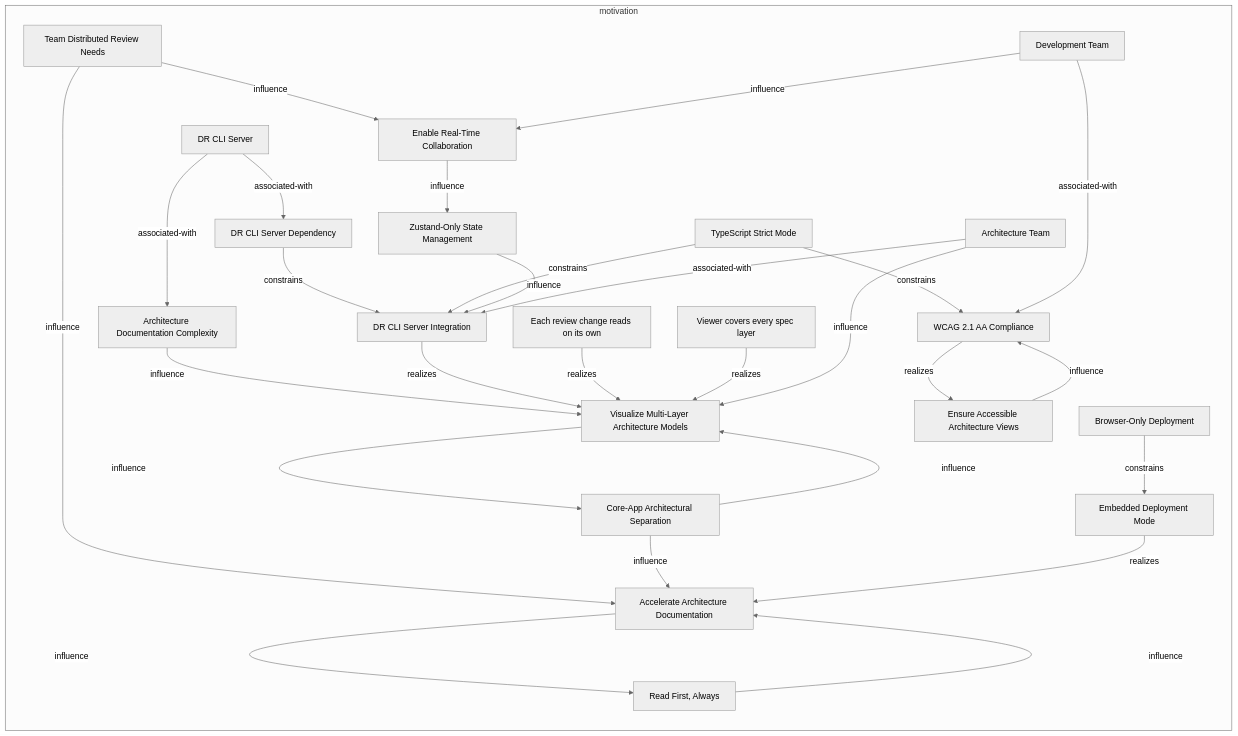
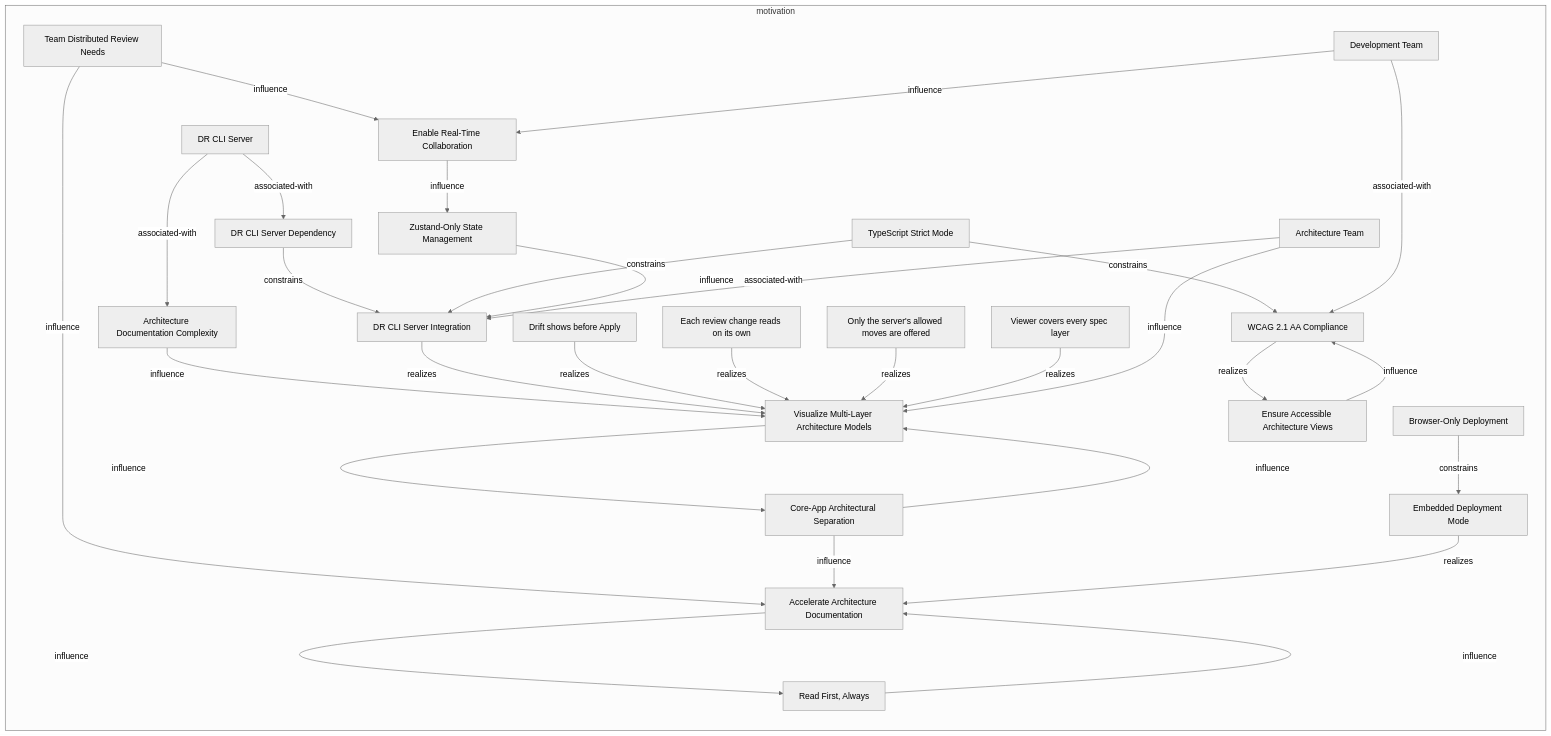
One commit to tinkermonkey/documentation_robotics_viewer changed the first of 2 diagrams in documentation-robotics/reports/01-motivation-layer-report.md. Above: the diagram before and after it, drawn with Mermaid (neutral theme). The commit also changed other lines of this file and 38 other files, not shown here.

````diff
--- a/documentation-robotics/reports/01-motivation-layer-report.md
+++ b/documentation-robotics/reports/01-motivation-layer-report.md
@@ -31,51 +31,55 @@
 ```mermaid
 flowchart LR
   subgraph motivation
     motivation_constraint_browser_only_deployment["Browser-Only Deployment"]
     motivation_constraint_dr_cli_server_dependency["DR CLI Server Dependency"]
     motivation_constraint_type_script_strict_mode["TypeScript Strict Mode"]
     motivation_driver_architecture_documentation_complexity["Architecture Documentation Complexity"]
     motivation_driver_team_distributed_review_needs["Team Distributed Review Needs"]
     motivation_goal_accelerate_architecture_documentation["Accelerate Architecture Documentation"]
     motivation_goal_enable_real_time_collaboration["Enable Real-Time Collaboration"]
     motivation_goal_ensure_accessible_architecture_views["Ensure Accessible Architecture Views"]
     motivation_goal_visualize_multi_layer_architecture_models["Visualize Multi-Layer Architecture Models"]
     motivation_principle_core_app_architectural_separation["Core-App Architectural Separation"]
     motivation_principle_read_first_always["Read First, Always"]
     motivation_principle_zustand_only_state_management["Zustand-Only State Management"]
     motivation_requirement_dr_cli_server_integration["DR CLI Server Integration"]
+    motivation_requirement_drift_shows_before_apply["Drift shows before Apply"]
     motivation_requirement_each_review_change_reads_on_its_own["Each review change reads on its own"]
     motivation_requirement_embedded_deployment_mode["Embedded Deployment Mode"]
+    motivation_requirement_only_the_servers_allowed_moves_are_offered["Only the server's allowed moves are offered"]
     motivation_requirement_viewer_covers_every_spec_layer["Viewer covers every spec layer"]
     motivation_requirement_wcag_21_aa_compliance["WCAG 2.1 AA Compliance"]
     motivation_stakeholder_architecture_team["Architecture Team"]
     motivation_stakeholder_development_team["Development Team"]
     motivation_stakeholder_dr_cli_server["DR CLI Server"]
     motivation_constraint_browser_only_deployment -->|constrains| motivation_requirement_embedded_deployment_mode
     motivation_constraint_dr_cli_server_dependency -->|constrains| motivation_requirement_dr_cli_server_integration
     motivation_constraint_type_script_strict_mode -->|constrains| motivation_requirement_dr_cli_server_integration
     motivation_constraint_type_script_strict_mode -->|constrains| motivation_requirement_wcag_21_aa_compliance
     motivation_driver_architecture_documentation_complexity -->|influence| motivation_goal_visualize_multi_layer_architecture_models
     motivation_driver_team_distributed_review_needs -->|influence| motivation_goal_accelerate_architecture_documentation
     motivation_driver_team_distributed_review_needs -->|influence| motivation_goal_enable_real_time_collaboration
     motivation_goal_accelerate_architecture_documentation -->|influence| motivation_principle_read_first_always
     motivation_goal_enable_real_time_collaboration -->|influence| motivation_principle_zustand_only_state_management
     motivation_goal_ensure_accessible_architecture_views -->|influence| motivation_requirement_wcag_21_aa_compliance
     motivation_goal_visualize_multi_layer_architecture_models -->|influence| motivation_principle_core_app_architectural_separation
     motivation_principle_core_app_architectural_separation -->|influence| motivation_goal_accelerate_architecture_documentation
     motivation_principle_core_app_architectural_separation -->|influence| motivation_goal_visualize_multi_layer_architecture_models
     motivation_principle_read_first_always -->|influence| motivation_goal_accelerate_architecture_documentation
     motivation_principle_zustand_only_state_management -->|influence| motivation_requirement_dr_cli_server_integration
     motivation_requirement_dr_cli_server_integration -->|realizes| motivation_goal_visualize_multi_layer_architecture_models
+    motivation_requirement_drift_shows_before_apply -->|realizes| motivation_goal_visualize_multi_layer_architecture_models
     motivation_requirement_each_review_change_reads_on_its_own -->|realizes| motivation_goal_visualize_multi_layer_architecture_models
     motivation_requirement_embedded_deployment_mode -->|realizes| motivation_goal_accelerate_architecture_documentation
+    motivation_requirement_only_the_servers_allowed_moves_are_offered -->|realizes| motivation_goal_visualize_multi_layer_architecture_models
     motivation_requirement_viewer_covers_every_spec_layer -->|realizes| motivation_goal_visualize_multi_layer_architecture_models
     motivation_requirement_wcag_21_aa_compliance -->|realizes| motivation_goal_ensure_accessible_architecture_views
     motivation_stakeholder_architecture_team -->|associated-with| motivation_requirement_dr_cli_server_integration
     motivation_stakeholder_architecture_team -->|influence| motivation_goal_visualize_multi_layer_architecture_models
     motivation_stakeholder_development_team -->|associated-with| motivation_requirement_wcag_21_aa_compliance
     motivation_stakeholder_development_team -->|influence| motivation_goal_enable_real_time_collaboration
     motivation_stakeholder_dr_cli_server -->|associated-with| motivation_constraint_dr_cli_server_dependency
     motivation_stakeholder_dr_cli_server -->|associated-with| motivation_driver_architecture_documentation_complexity
   end
 ```
````
